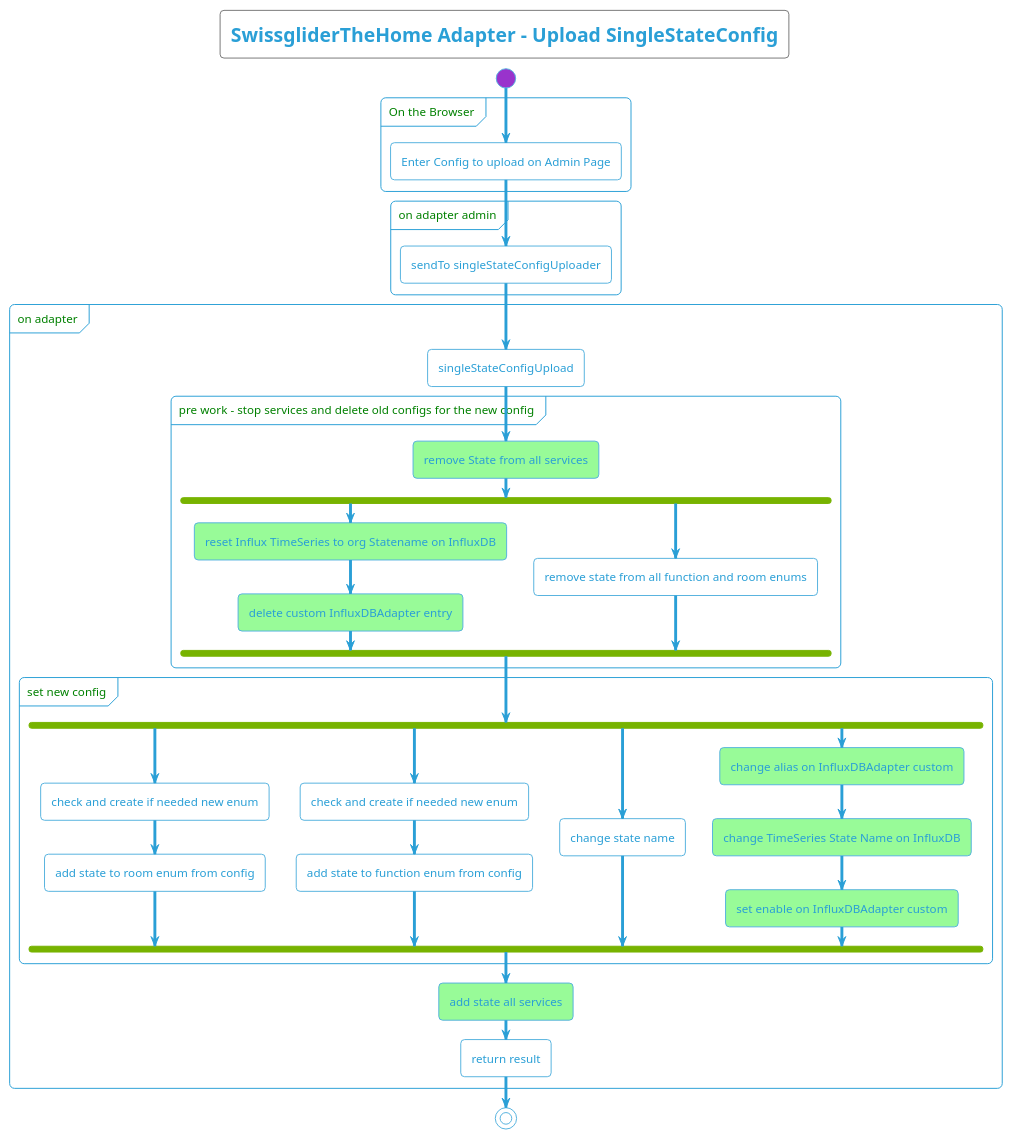
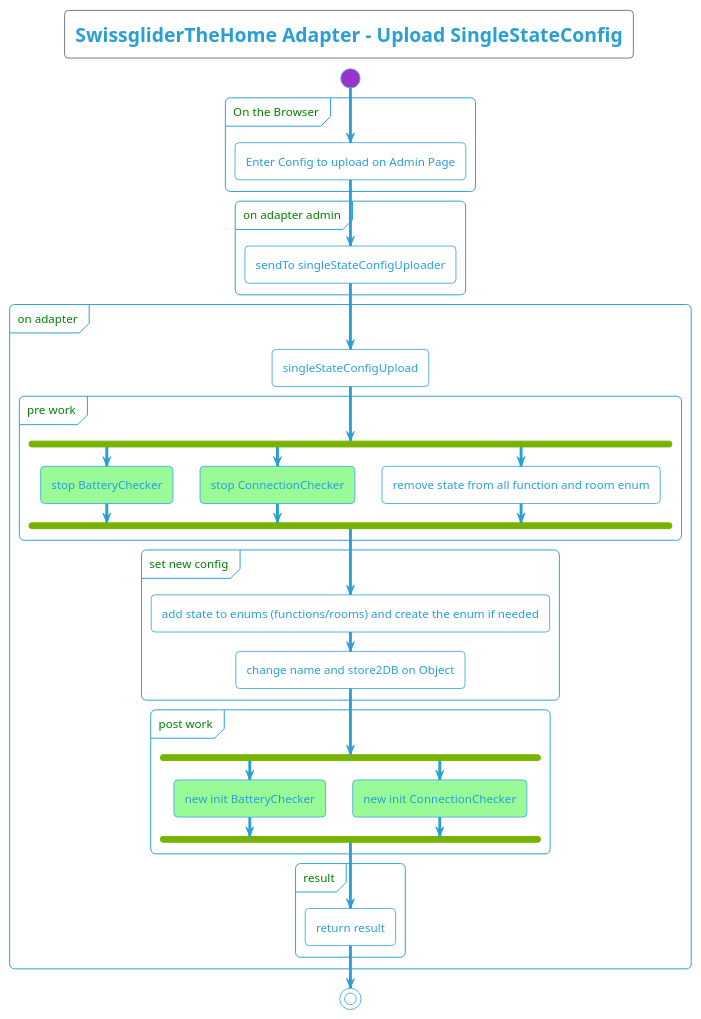
One commit to swissglider/iobroker.thehome changed the diagram in docu/plantuml/server/SwissgliderTheHome - Activity Diagram - SingleUploader.iuml. Above: the diagram before and after it, drawn with PlantUML. The commit also changed 59 other files, not shown here.

```diff
--- a/docu/plantuml/server/SwissgliderTheHome - Activity Diagram - SingleUploader.iuml
+++ b/docu/plantuml/server/SwissgliderTheHome - Activity Diagram - SingleUploader.iuml
@@ -1,60 +1,57 @@
 @startuml
 !theme cyborg-outline
 
 <style>
     diamond {
         BackgroundColor #ccf
     }
     partition {
         FontColor green
         RoundCorner 10
     }
   arrow {
     FontColor black
     FontName arial
   }
 </style>
 
 title
     SwissgliderTheHome Adapter - Upload SingleStateConfig
 end title
 
 start
 partition "On the Browser" {
     :Enter Config to upload on Admin Page;
 }
 partition "on adapter admin" {
 :sendTo singleStateConfigUploader;
 }
 partition "on adapter" {
     :singleStateConfigUpload;
-    partition "pre work - stop services and delete old configs for the new config" {
-        #palegreen:remove State from all services;
+    partition "pre work" {
         fork
-            #palegreen:reset Influx TimeSeries to org Statename on InfluxDB;
-            #palegreen:delete custom InfluxDBAdapter entry;
+            #palegreen:stop BatteryChecker;
             fork again
-            :remove state from all function and room enums;
+            #palegreen:stop ConnectionChecker;
+            fork again
+            :remove state from all function and room enum;
         end fork
     }
     partition "set new config" {
+        :add state to enums (functions/rooms) and create the enum if needed;
+        :change name and store2DB on Object;
+    }
+    partition "post work" {
         fork
-            :check and create if needed new enum;
-            :add state to room enum from config;
+            #palegreen:new init BatteryChecker;
             fork again
-            :check and create if needed new enum;
-            :add state to function enum from config;
-            fork again
-            :change state name;
-            fork again
-            #palegreen:change alias on InfluxDBAdapter custom;
-            #palegreen:change TimeSeries State Name on InfluxDB;
-            #palegreen:set enable on InfluxDBAdapter custom;
+            #palegreen:new init ConnectionChecker;
         end fork
     }
-    #palegreen:add state all services;
-    :return result;
+    partition "result" {
+        :return result;
+    }
 }
 stop
 
 @enduml
```
